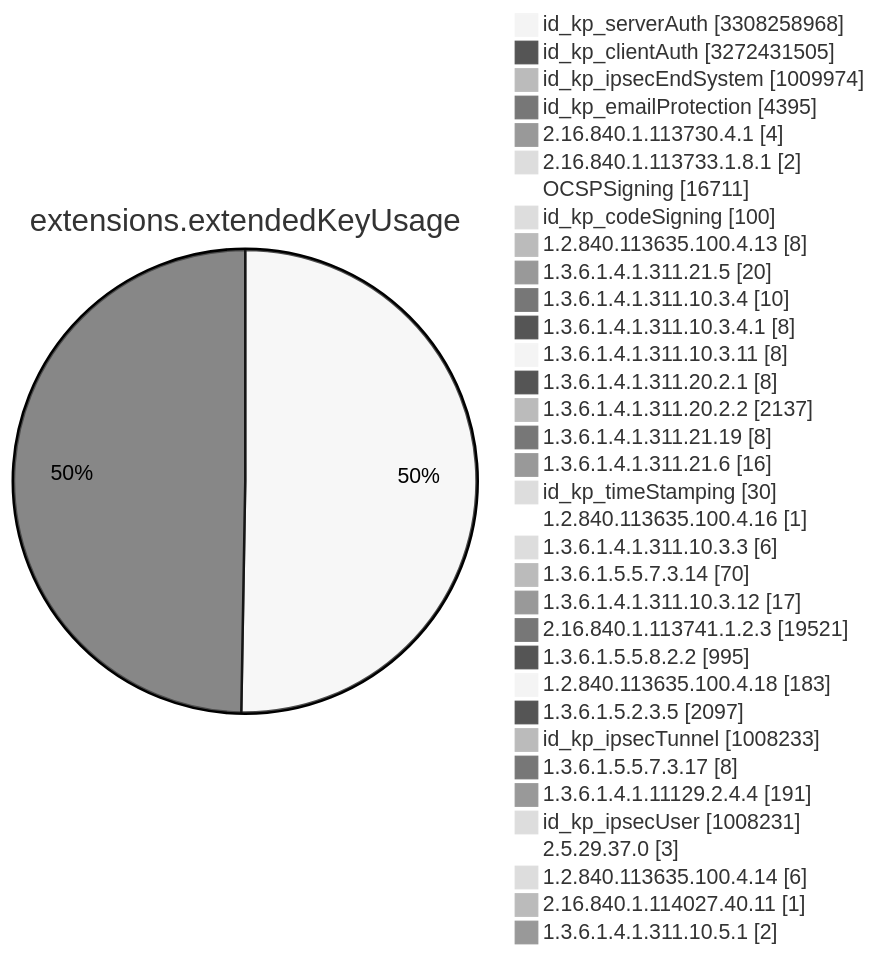
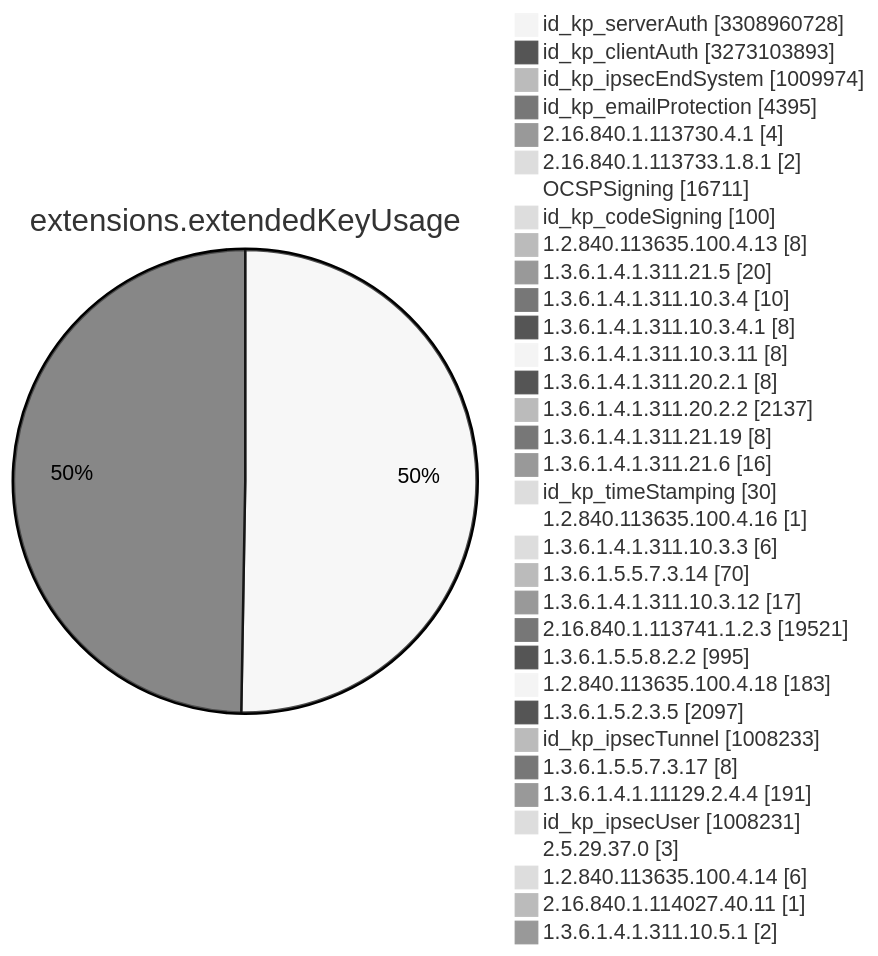
Before and after one commit to christiankrug/ctmonitor_visualization: diagram 11 of 15 in TOTAL/README.md, drawn with Mermaid (neutral theme). The commit also changed other lines of this file, not shown here.

````diff
--- a/TOTAL/README.md
+++ b/TOTAL/README.md
@@ -4120,38 +4120,38 @@
 ```mermaid
 pie showData
 title extensions.extendedKeyUsage
-"id_kp_serverAuth" :3308258968
-"id_kp_clientAuth" :3272431505
+"id_kp_serverAuth" :3308960728
+"id_kp_clientAuth" :3273103893
 "id_kp_ipsecEndSystem" :1009974
 "id_kp_emailProtection" :4395
 "2.16.840.1.113730.4.1" :4
 "2.16.840.1.113733.1.8.1" :2
 "OCSPSigning" :16711
 "id_kp_codeSigning" :100
 "1.2.840.113635.100.4.13" :8
 "1.3.6.1.4.1.311.21.5" :20
 "1.3.6.1.4.1.311.10.3.4" :10
 "1.3.6.1.4.1.311.10.3.4.1" :8
 "1.3.6.1.4.1.311.10.3.11" :8
 "1.3.6.1.4.1.311.20.2.1" :8
 "1.3.6.1.4.1.311.20.2.2" :2137
 "1.3.6.1.4.1.311.21.19" :8
 "1.3.6.1.4.1.311.21.6" :16
 "id_kp_timeStamping" :30
 "1.2.840.113635.100.4.16" :1
 "1.3.6.1.4.1.311.10.3.3" :6
 "1.3.6.1.5.5.7.3.14" :70
 "1.3.6.1.4.1.311.10.3.12" :17
 "2.16.840.1.113741.1.2.3" :19521
 "1.3.6.1.5.5.8.2.2" :995
 "1.2.840.113635.100.4.18" :183
 "1.3.6.1.5.2.3.5" :2097
 "id_kp_ipsecTunnel" :1008233
 "1.3.6.1.5.5.7.3.17" :8
 "1.3.6.1.4.1.11129.2.4.4" :191
 "id_kp_ipsecUser" :1008231
 "2.5.29.37.0" :3
 "1.2.840.113635.100.4.14" :6
 "2.16.840.1.114027.40.11" :1
 "1.3.6.1.4.1.311.10.5.1" :2
 ```
````
